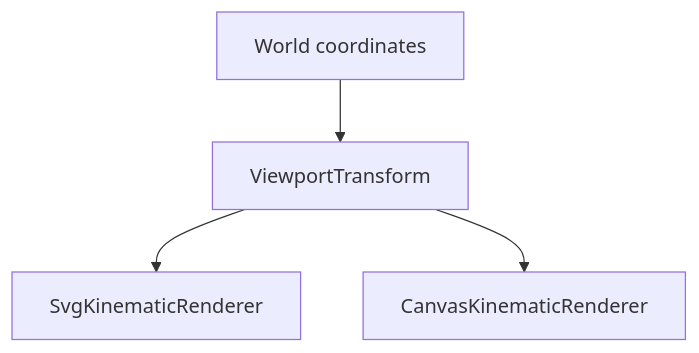
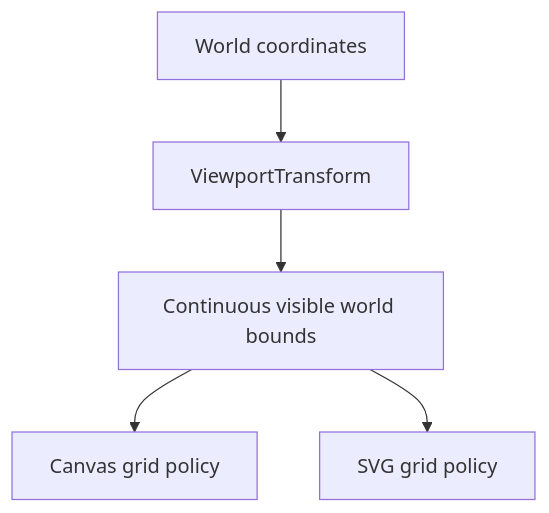
The first of 2 diagrams in docs/project/status.md (fa-ribeiro/vLab2D), drawn with Mermaid before and after one commit. The commit also changed other lines of this file and 10 other files, not shown here.

Commit message:
refactor(visualization): centralize visible world bounds

````diff
--- a/docs/project/status.md
+++ b/docs/project/status.md
@@ -56,14 +76,13 @@
 ```mermaid
 flowchart TD
     WORLD["World coordinates"]
-
     TRANSFORM["ViewportTransform"]
-
-    SVG["SvgKinematicRenderer"]
-    CANVAS["CanvasKinematicRenderer"]
+    BOUNDS["Continuous visible world bounds"]
+    CANVAS["Canvas grid policy"]
+    SVG["SVG grid policy"]
 
     WORLD --> TRANSFORM
-
-    TRANSFORM --> SVG
-    TRANSFORM --> CANVAS
+    TRANSFORM --> BOUNDS
+    BOUNDS --> CANVAS
+    BOUNDS --> SVG
 ```
````
